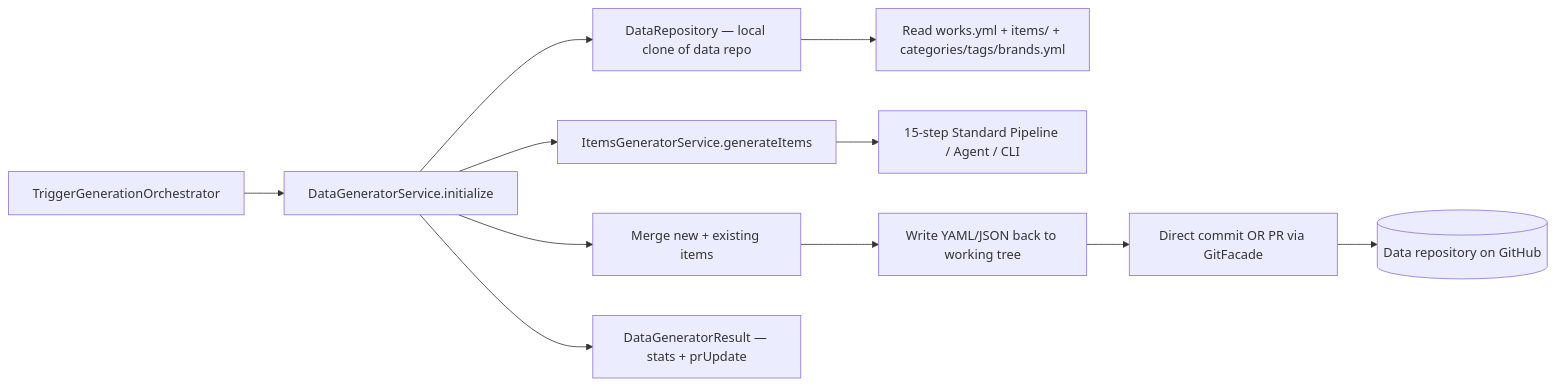
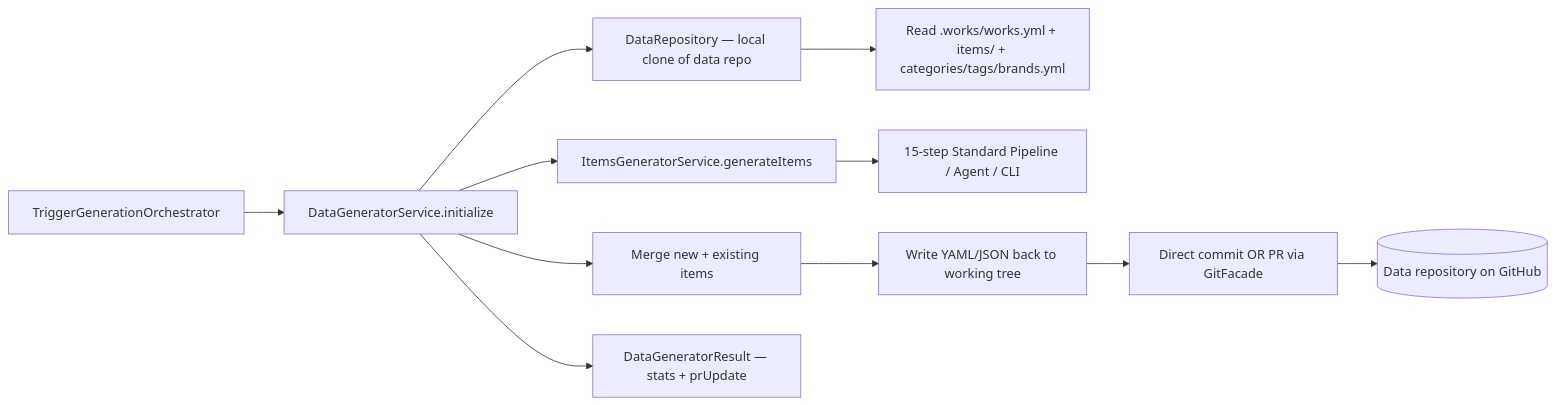
One commit to ever-works/ever-works changed the diagram in docs/specs/features/data-generator/plan.md. Above: the diagram before and after it, drawn with Mermaid. The commit also changed other lines of this file and 138 other files, not shown here.

Commit message:
chore: move works config to .works/works.yml

````diff
--- a/docs/specs/features/data-generator/plan.md
+++ b/docs/specs/features/data-generator/plan.md
@@ -13,13 +13,13 @@
 ```mermaid
 flowchart LR
     Orch[TriggerGenerationOrchestrator] --> DG[DataGeneratorService.initialize]
     DG --> Repo[DataRepository — local clone of data repo]
-    Repo --> Read[Read works.yml + items/ + categories/tags/brands.yml]
+    Repo --> Read[Read .works/works.yml + items/ + categories/tags/brands.yml]
     DG --> Items[ItemsGeneratorService.generateItems]
     Items --> Pipeline[15-step Standard Pipeline / Agent / CLI]
     DG --> Merge[Merge new + existing items]
     Merge --> Write[Write YAML/JSON back to working tree]
     Write --> Git[Direct commit OR PR via GitFacade]
     Git --> GH[(Data repository on GitHub)]
     DG --> Result[DataGeneratorResult — stats + prUpdate]
 ```
````
